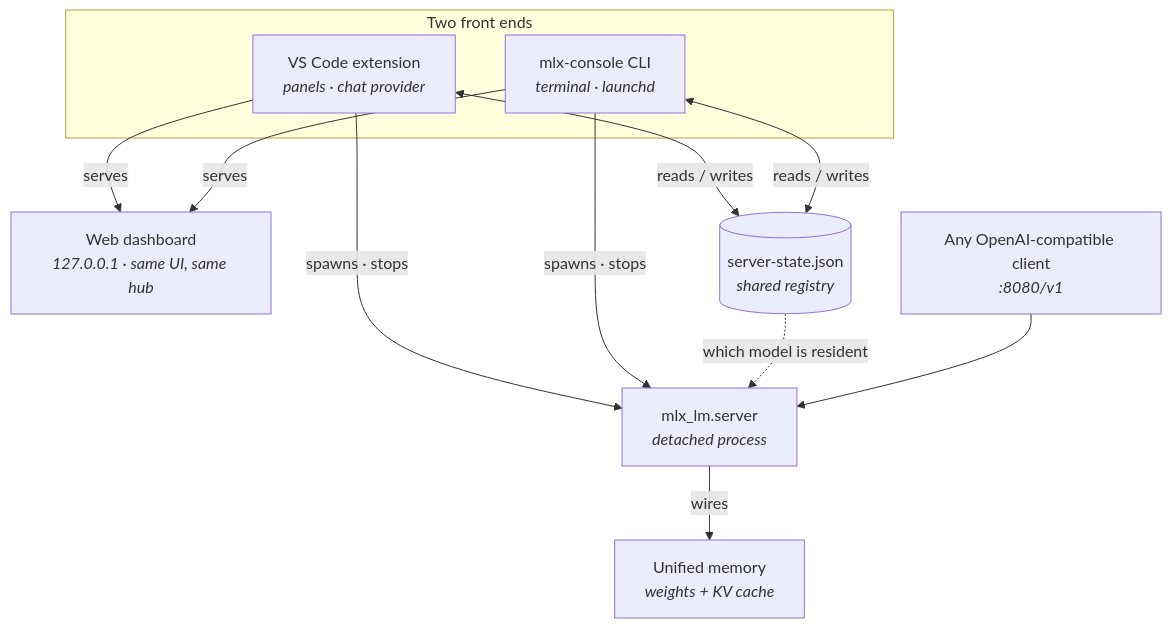
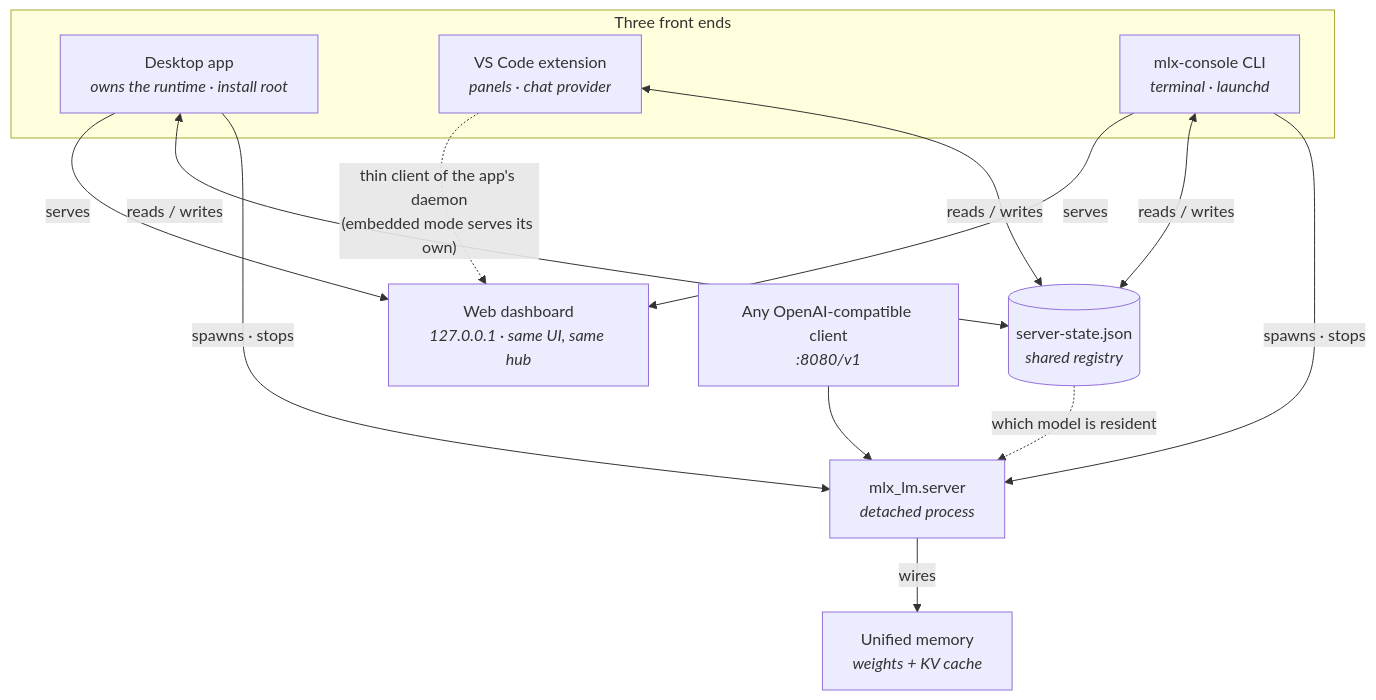
One commit to bengurion/mlx-console-gui changed the first of 3 diagrams in README.md. Above: the diagram before and after it, drawn with Mermaid. The commit also changed other lines of this file, not shown here.

````diff
--- a/README.md
+++ b/README.md
@@ -38,23 +38,26 @@
 ```mermaid
 flowchart TB
-    subgraph hosts["Two front ends"]
+    subgraph hosts["Three front ends"]
+        APP["Desktop app<br/><i>owns the runtime · install root</i>"]
         VSC["VS Code extension<br/><i>panels · chat provider</i>"]
         CLI["mlx-console CLI<br/><i>terminal · launchd</i>"]
     end
 
     DASH["Web dashboard<br/><i>127.0.0.1 · same UI, same hub</i>"]
     REG[("server-state.json<br/><i>shared registry</i>")]
     SRV["mlx_lm.server<br/><i>detached process</i>"]
     GPU["Unified memory<br/><i>weights + KV cache</i>"]
 
-    VSC -->|serves| DASH
+    APP -->|serves| DASH
     CLI -->|serves| DASH
+    VSC -.->|"thin client of the app's daemon<br/>(embedded mode serves its own)"| DASH
+    APP <-->|"reads / writes"| REG
     VSC <-->|"reads / writes"| REG
     CLI <-->|"reads / writes"| REG
-    VSC -->|spawns · stops| SRV
+    APP -->|spawns · stops| SRV
     CLI -->|spawns · stops| SRV
     REG -.->|"which model is resident"| SRV
     SRV -->|wires| GPU
 
     CLIENTS["Any OpenAI-compatible client<br/><i>:8080/v1</i>"] --> SRV
 ```
````
